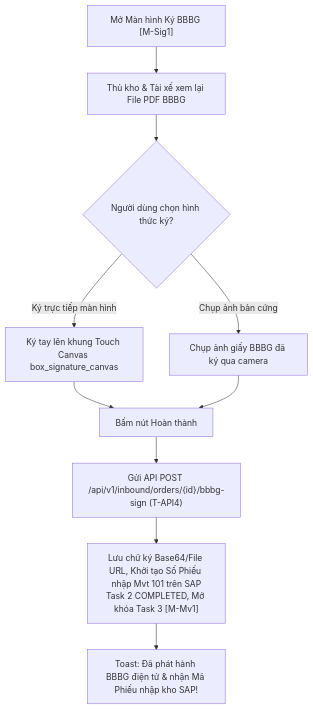
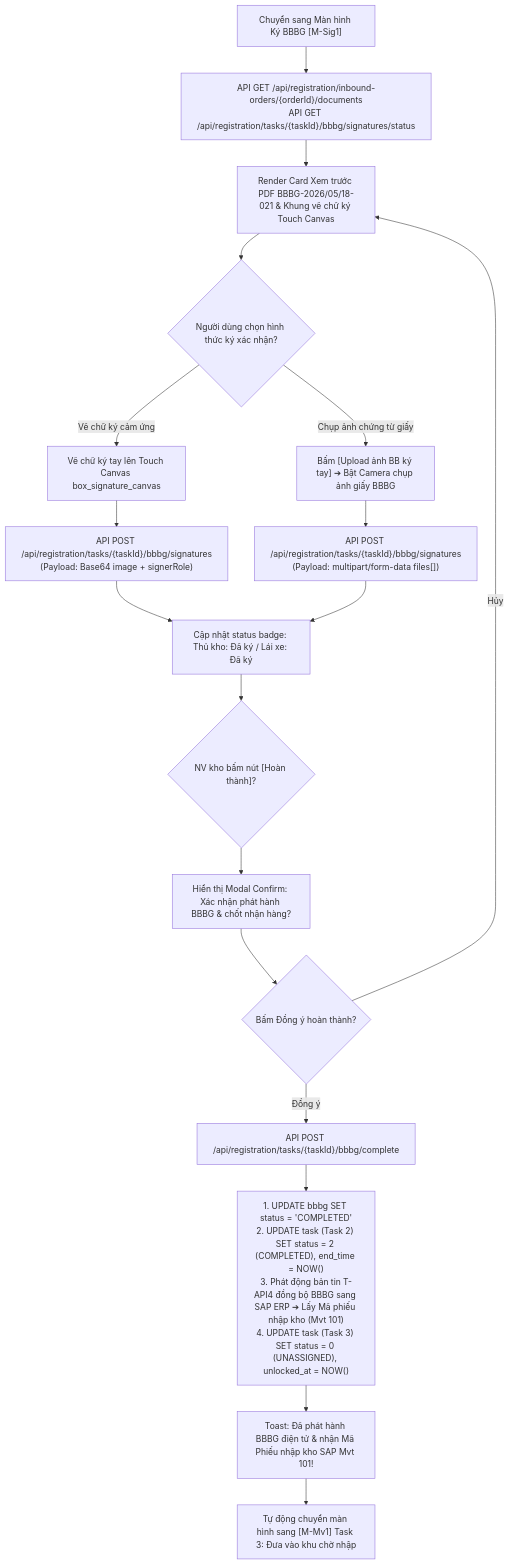
The sixth of 11 diagrams in ba/documents/srs/new/SRS_MM.10A_QuyTrinh_Va_ManHinh_Task_NhapKho_NCC_Mobile_v1.0.0.md (EdwardTran04/Project_Management), drawn with Mermaid before and after one commit. The commit also changed other lines of this file and 38 other files, not shown here.

Commit message:
Cập nhập sprint, tài liệu có tích hợp API

````diff
--- a/ba/documents/srs/new/SRS_MM.10A_QuyTrinh_Va_ManHinh_Task_NhapKho_NCC_Mobile_v1.0.0.md
+++ b/ba/documents/srs/new/SRS_MM.10A_QuyTrinh_Va_ManHinh_Task_NhapKho_NCC_Mobile_v1.0.0.md
@@ -453,12 +636,27 @@
 ```mermaid
 flowchart TD
-    A["Mở Màn hình Ký BBBG [M-Sig1]"] --> B["Thủ kho & Tài xế xem lại File PDF BBBG"]
-    B --> C{"Người dùng chọn hình thức ký?"}
-    C -- Ký trực tiếp màn hình --> D["Ký tay lên khung Touch Canvas box_signature_canvas"]
-    C -- Chụp ảnh bản cứng --> E["Chụp ảnh giấy BBBG đã ký qua camera"]
-    D --> F["Bấm nút Hoàn thành"]
-    E --> F
-    F --> G["Gửi API POST /api/v1/inbound/orders/{id}/bbbg-sign (T-API4)"]
-    G --> H["Lưu chữ ký Base64/File URL, Khởi tạo Số Phiếu nhập Mvt 101 trên SAP<br>Task 2 COMPLETED, Mở khóa Task 3 [M-Mv1]"]
-    H --> I["Toast: Đã phát hành BBBG điện tử & nhận Mã Phiếu nhập kho SAP!"]
+    A["Chuyển sang Màn hình Ký BBBG [M-Sig1]"] --> B["API GET /api/registration/inbound-orders/{orderId}/documents<br>API GET /api/registration/tasks/{taskId}/bbbg/signatures/status"]
+    B --> C["Render Card Xem trước PDF BBBG-2026/05/18-021 & Khung vẽ chữ ký Touch Canvas"]
+    
+    C --> D{"Người dùng chọn hình thức ký xác nhận?"}
+    
+    D -- Vẽ chữ ký cảm ứng --> E1["Vẽ chữ ký tay lên Touch Canvas box_signature_canvas"]
+    E1 --> E2["API POST /api/registration/tasks/{taskId}/bbbg/signatures<br>(Payload: Base64 image + signerRole)"]
+    
+    D -- Chụp ảnh chứng từ giấy --> F1["Bấm [Upload ảnh BB ký tay] ➔ Bật Camera chụp ảnh giấy BBBG"]
+    F1 --> F2["API POST /api/registration/tasks/{taskId}/bbbg/signatures<br>(Payload: multipart/form-data files[])"]
+    
+    E2 --> G["Cập nhật status badge: Thủ kho: Đã ký / Lái xe: Đã ký"]
+    F2 --> G
+    
+    G --> H{"NV kho bấm nút [Hoàn thành]?"}
+    H --> I["Hiển thị Modal Confirm: Xác nhận phát hành BBBG & chốt nhận hàng?"]
+    I --> J{"Bấm Đồng ý hoàn thành?"}
+    J -- Hủy --> C
+    J -- Đồng ý --> K["API POST /api/registration/tasks/{taskId}/bbbg/complete"]
+    
+    K --> L["1. UPDATE bbbg SET status = 'COMPLETED'<br>2. UPDATE task (Task 2) SET status = 2 (COMPLETED), end_time = NOW()<br>3. Phát động bản tin T-API4 đồng bộ BBBG sang SAP ERP ➔ Lấy Mã phiếu nhập kho (Mvt 101)<br>4. UPDATE task (Task 3) SET status = 0 (UNASSIGNED), unlocked_at = NOW()"]
+    
+    L --> M["Toast: Đã phát hành BBBG điện tử & nhận Mã Phiếu nhập kho SAP Mvt 101!"]
+    M --> N["Tự động chuyển màn hình sang [M-Mv1] Task 3: Đưa vào khu chờ nhập"]
 ```
````
